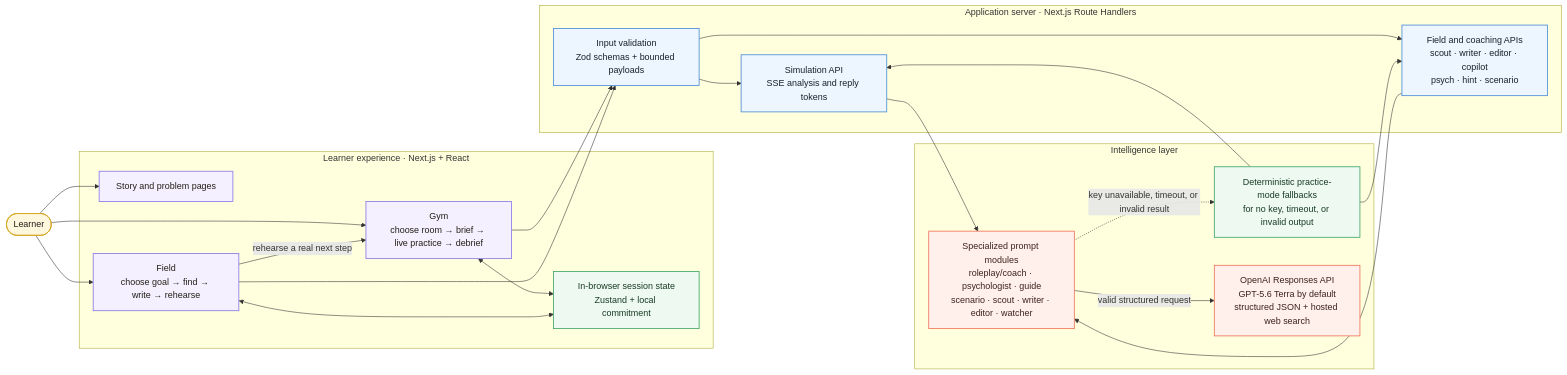
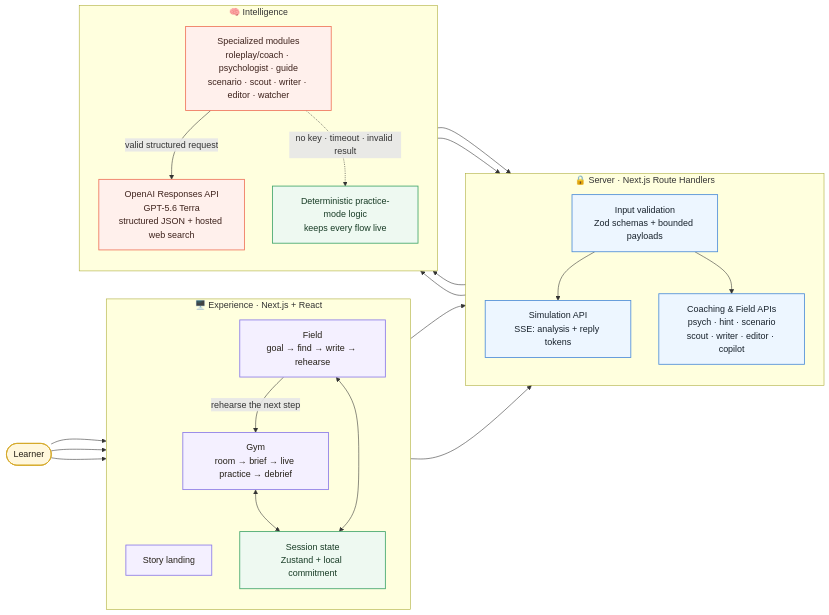
One commit to krrishrastogi05/IRL_Gym_ changed the first of 2 diagrams in README.md. Above: the diagram before and after it, drawn with Mermaid. The commit also changed other lines of this file, not shown here.

````diff
--- a/README.md
+++ b/README.md
@@ -38,46 +56,45 @@
 ```mermaid
 flowchart LR
     classDef learner fill:#fff7dd,stroke:#d5a928,stroke-width:1.5px,color:#241f17
     classDef experience fill:#f4f0ff,stroke:#8b7be8,stroke-width:1.5px,color:#241f17
     classDef server fill:#edf6ff,stroke:#4f8ed8,stroke-width:1.5px,color:#17212b
     classDef intelligence fill:#fff0ec,stroke:#ef765c,stroke-width:1.5px,color:#3d211b
     classDef data fill:#eef9f1,stroke:#42a66b,stroke-width:1.5px,color:#173b25
 
     Learner([Learner]):::learner
 
-    subgraph Experience["Learner experience · Next.js + React"]
-        Story["Story and problem pages"]:::experience
-        Gym["Gym<br/>choose room → brief → live practice → debrief"]:::experience
-        Field["Field<br/>choose goal → find → write → rehearse"]:::experience
-        Local["In-browser session state<br/>Zustand + local commitment"]:::data
+    subgraph Experience["🖥️  Experience · Next.js + React"]
+        direction TB
+        Story["Story landing"]:::experience
+        Gym["Gym<br/>room → brief → live practice → debrief"]:::experience
+        Field["Field<br/>goal → find → write → rehearse"]:::experience
+        Local["Session state<br/>Zustand + local commitment"]:::data
     end
 
-    subgraph Server["Application server · Next.js Route Handlers"]
+    subgraph Server["🔒  Server · Next.js Route Handlers"]
+        direction TB
         Validate["Input validation<br/>Zod schemas + bounded payloads"]:::server
-        Simulate["Simulation API<br/>SSE analysis and reply tokens"]:::server
-        Tools["Field and coaching APIs<br/>scout · writer · editor · copilot<br/>psych · hint · scenario"]:::server
+        Simulate["Simulation API<br/>SSE: analysis + reply tokens"]:::server
+        Tools["Coaching & Field APIs<br/>psych · hint · scenario<br/>scout · writer · editor · copilot"]:::server
     end
 
-    subgraph Intelligence["Intelligence layer"]
-        Agents["Specialized prompt modules<br/>roleplay/coach · psychologist · guide<br/>scenario · scout · writer · editor · watcher"]:::intelligence
-        Fallback["Deterministic practice-mode fallbacks<br/>for no key, timeout, or invalid output"]:::data
-        OpenAI["OpenAI Responses API<br/>GPT-5.6 Terra by default<br/>structured JSON + hosted web search"]:::intelligence
+    subgraph Intelligence["🧠  Intelligence"]
+        direction TB
+        Modules["Specialized modules<br/>roleplay/coach · psychologist · guide<br/>scenario · scout · writer · editor · watcher"]:::intelligence
+        OpenAI["OpenAI Responses API<br/>GPT-5.6 Terra<br/>structured JSON + hosted web search"]:::intelligence
+        Fallback["Deterministic practice-mode logic<br/>keeps every flow live"]:::data
     end
 
-    Learner --> Story
-    Learner --> Gym
-    Learner --> Field
+    Learner --> Story & Gym & Field
     Gym <--> Local
     Field <--> Local
-    Field -->|rehearse a real next step| Gym
+    Field -->|rehearse the next step| Gym
     Gym --> Validate
     Field --> Validate
-    Validate --> Simulate
-    Validate --> Tools
-    Simulate --> Agents
-    Tools --> Agents
-    Agents -->|valid structured request| OpenAI
-    Agents -.->|key unavailable, timeout, or invalid result| Fallback
-    Fallback --> Simulate
-    Fallback --> Tools
+    Validate --> Simulate & Tools
+    Simulate --> Modules
+    Tools --> Modules
+    Modules -->|valid structured request| OpenAI
+    Modules -.->|no key · timeout · invalid result| Fallback
+    Fallback --> Simulate & Tools
 ```
````
